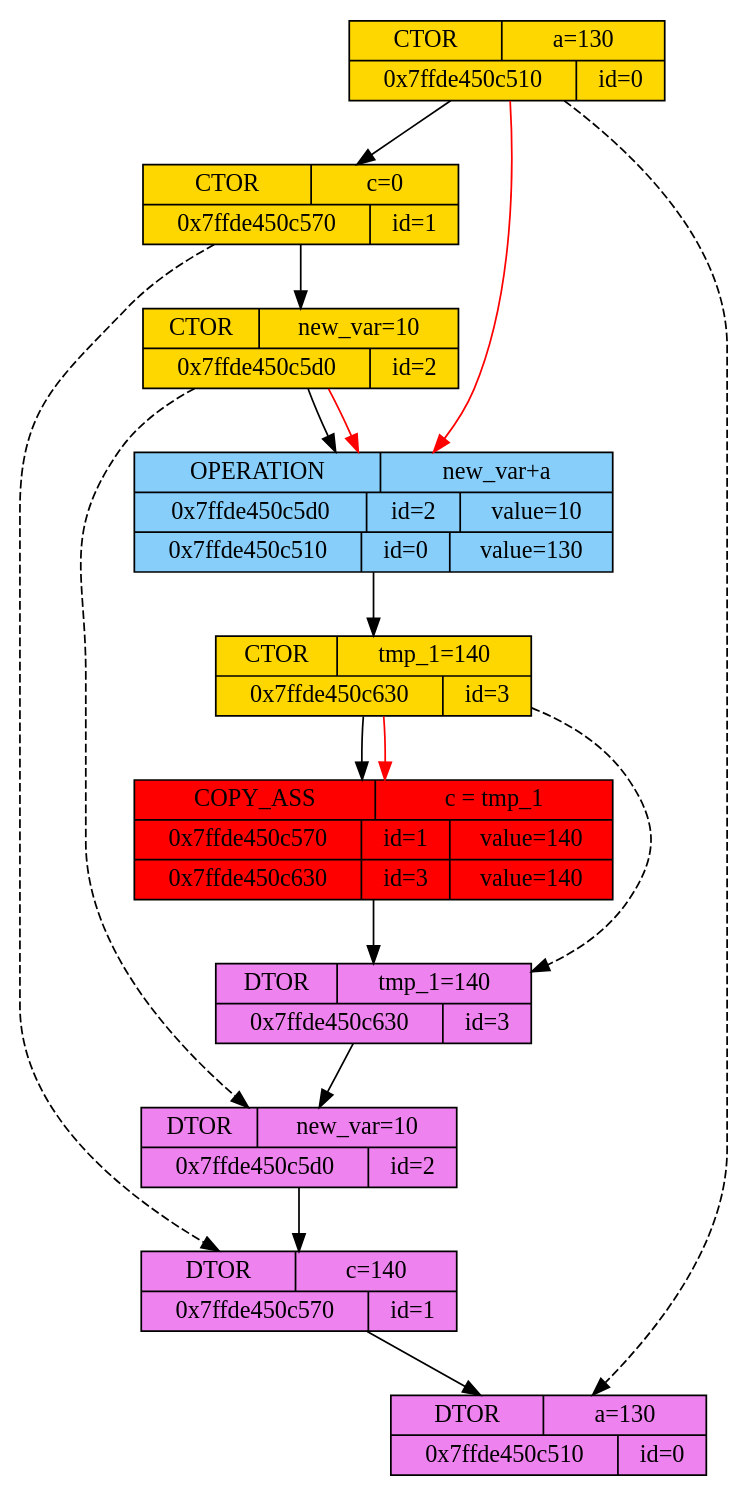
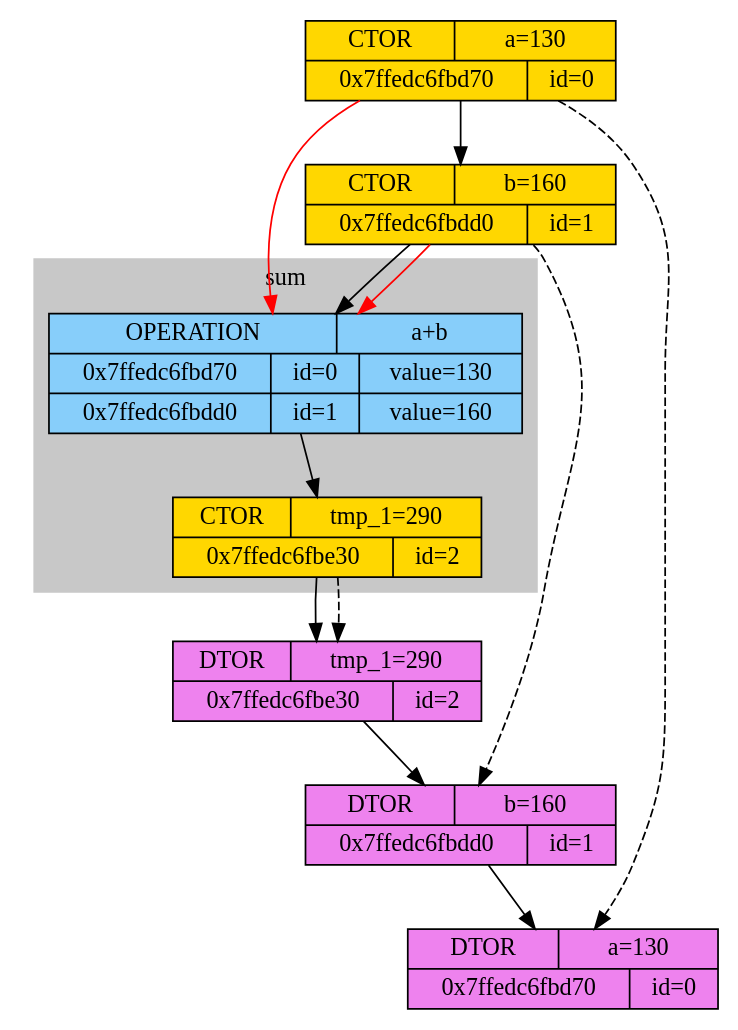
Before and after one commit to x-ENIAC/MIPT_projects_4_sem: the diagram in Dumping_int/new.dot, drawn with Graphviz. The commit also changed 11 other files, not shown here.

```diff
--- a/Dumping_int/new.dot
+++ b/Dumping_int/new.dot
@@ -1,28 +1,27 @@
 digraph graphname {
-	node0CTOR [shape="record", style="filled", fillcolor="gold", label="{{CTOR | a=130}|{0x7ffde450c510 | id=0}}"]
-	node1CTOR [shape="record", style="filled", fillcolor="gold", label="{{CTOR | c=0}|{0x7ffde450c570 | id=1}}"]
+	node0CTOR [shape="record", style="filled", fillcolor="gold", label="{{CTOR | a=130}|{0x7ffedc6fbd70 | id=0}}"]
+	node1CTOR [shape="record", style="filled", fillcolor="gold", label="{{CTOR | b=160}|{0x7ffedc6fbdd0 | id=1}}"]
+
+subgraph "cluster_0" {
+	style=filled;
+	color="#c8c8c8";
+		node0OPERATION1 [shape="record", style="filled", fillcolor="lightskyblue", label="{{OPERATION | a+b}|{0x7ffedc6fbd70 | id=0 | value=130}|{0x7ffedc6fbdd0 | id=1 | value=160}}"]
+	node2CTOR [shape="record", style="filled", fillcolor="gold", label="{{CTOR | tmp_1=290}|{0x7ffedc6fbe30 | id=2}}"]
+	label = "sum" 
+}
+
+	node2DTOR [shape="record", style="filled", fillcolor="violet", label="{{DTOR | tmp_1=290}|{0x7ffedc6fbe30 | id=2}}"]
+	node1DTOR [shape="record", style="filled", fillcolor="violet", label="{{DTOR | b=160}|{0x7ffedc6fbdd0 | id=1}}"]
+	node0DTOR [shape="record", style="filled", fillcolor="violet", label="{{DTOR | a=130}|{0x7ffedc6fbd70 | id=0}}"]
 	node0CTOR -> node1CTOR
-	node2CTOR [shape="record", style="filled", fillcolor="gold", label="{{CTOR | new_var=10}|{0x7ffde450c5d0 | id=2}}"]
-	node1CTOR -> node2CTOR
-	node2OPERATION0 [shape="record", style="filled", fillcolor="lightskyblue", label="{{OPERATION | new_var+a}|{0x7ffde450c5d0 | id=2 | value=10}|{0x7ffde450c510 | id=0 | value=130}}"]
-	node2CTOR -> node2OPERATION0
-	node2CTOR -> node2OPERATION0[color="red"]
-	node0CTOR -> node2OPERATION0[color="red"]
-	node3CTOR [shape="record", style="filled", fillcolor="gold", label="{{CTOR | tmp_1=140}|{0x7ffde450c630 | id=3}}"]
-	node2OPERATION0 -> node3CTOR
-	node1COPY_ASS3 [shape="record", style="filled", fillcolor="red", label="{{COPY_ASS | c = tmp_1}|{0x7ffde450c570 | id=1 | value=140}|{0x7ffde450c630 | id=3 | value=140}}"]
-	node3CTOR -> node1COPY_ASS3
-	node3CTOR -> node1COPY_ASS3[color="red"]
-	node3DTOR [shape="record", style="filled", fillcolor="violet", label="{{DTOR | tmp_1=140}|{0x7ffde450c630 | id=3}}"]
-	node1COPY_ASS3 -> node3DTOR
-	node3CTOR -> node3DTOR[style="dashed"]
-	node2DTOR [shape="record", style="filled", fillcolor="violet", label="{{DTOR | new_var=10}|{0x7ffde450c5d0 | id=2}}"]
-	node3DTOR -> node2DTOR
-	node2CTOR -> node2DTOR[style="dashed"]
-	node1DTOR [shape="record", style="filled", fillcolor="violet", label="{{DTOR | c=140}|{0x7ffde450c570 | id=1}}"]
+	node1CTOR -> node0OPERATION1
+	node0CTOR -> node0OPERATION1 [color="red"]
+	node1CTOR -> node0OPERATION1 [color="red"]
+	node0OPERATION1 -> node2CTOR
+	node2CTOR -> node2DTOR
+	node2CTOR -> node2DTOR [style="dashed"]
 	node2DTOR -> node1DTOR
-	node1CTOR -> node1DTOR[style="dashed"]
-	node0DTOR [shape="record", style="filled", fillcolor="violet", label="{{DTOR | a=130}|{0x7ffde450c510 | id=0}}"]
+	node1CTOR -> node1DTOR [style="dashed"]
 	node1DTOR -> node0DTOR
-	node0CTOR -> node0DTOR[style="dashed"]
+	node0CTOR -> node0DTOR [style="dashed"]
 }
```
